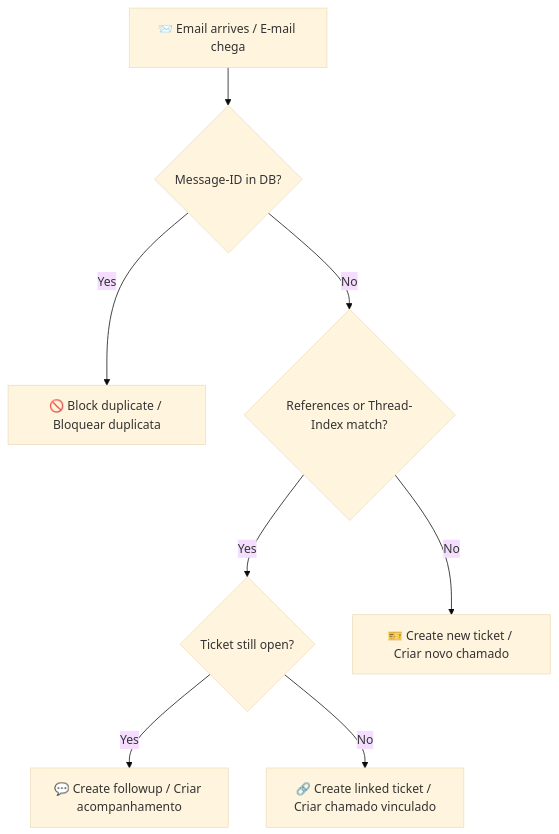
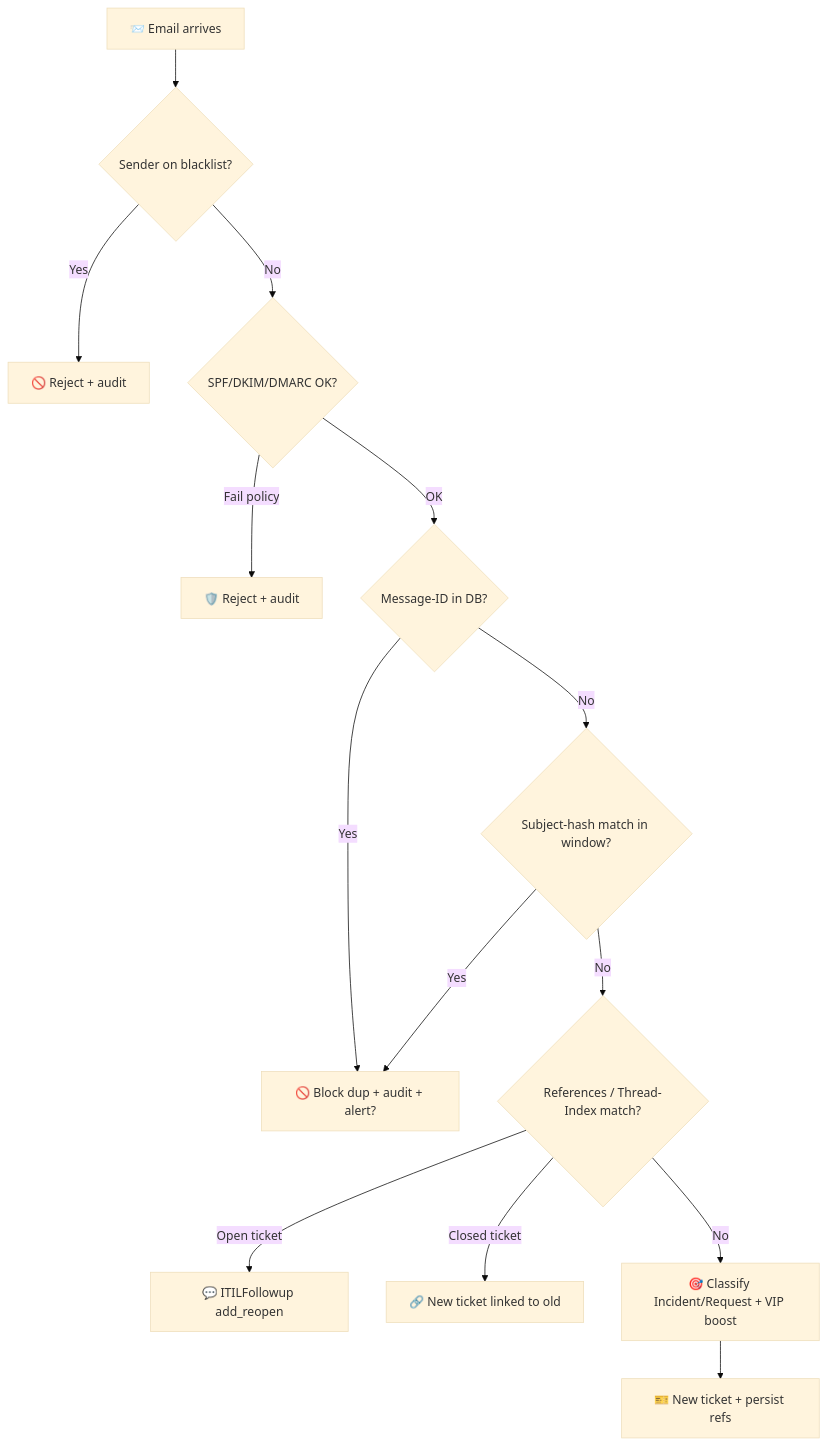
One commit to its-1988/mailanalyzer changed the diagram in README.md. Above: the diagram before and after it, drawn with Mermaid (base theme). The commit also changed other lines of this file and 37 other files, not shown here.

````diff
--- a/README.md
+++ b/README.md
@@ -162,10 +79,16 @@
 ```mermaid
 flowchart TD
-    A[📨 Email arrives / E-mail chega] --> B{Message-ID in DB?}
-    B -->|Yes| C[🚫 Block duplicate / Bloquear duplicata]
-    B -->|No| D{References or Thread-Index match?}
-    D -->|Yes| E{Ticket still open?}
-    E -->|Yes| F[💬 Create followup / Criar acompanhamento]
-    E -->|No| G[🔗 Create linked ticket / Criar chamado vinculado]
-    D -->|No| H[🎫 Create new ticket / Criar novo chamado]
+    A[📨 Email arrives] --> B{Sender on blacklist?}
+    B -->|Yes| BL[🚫 Reject + audit]
+    B -->|No| C{SPF/DKIM/DMARC OK?}
+    C -->|Fail policy| AF[🛡️ Reject + audit]
+    C -->|OK| D{Message-ID in DB?}
+    D -->|Yes| DUP[🚫 Block dup + audit + alert?]
+    D -->|No| E{Subject-hash match in window?}
+    E -->|Yes| DUP
+    E -->|No| F{References / Thread-Index match?}
+    F -->|Open ticket| FU[💬 ITILFollowup add_reopen]
+    F -->|Closed ticket| LK[🔗 New ticket linked to old]
+    F -->|No| G[🎯 Classify Incident/Request + VIP boost]
+    G --> H[🎫 New ticket + persist refs]
 ```
````
